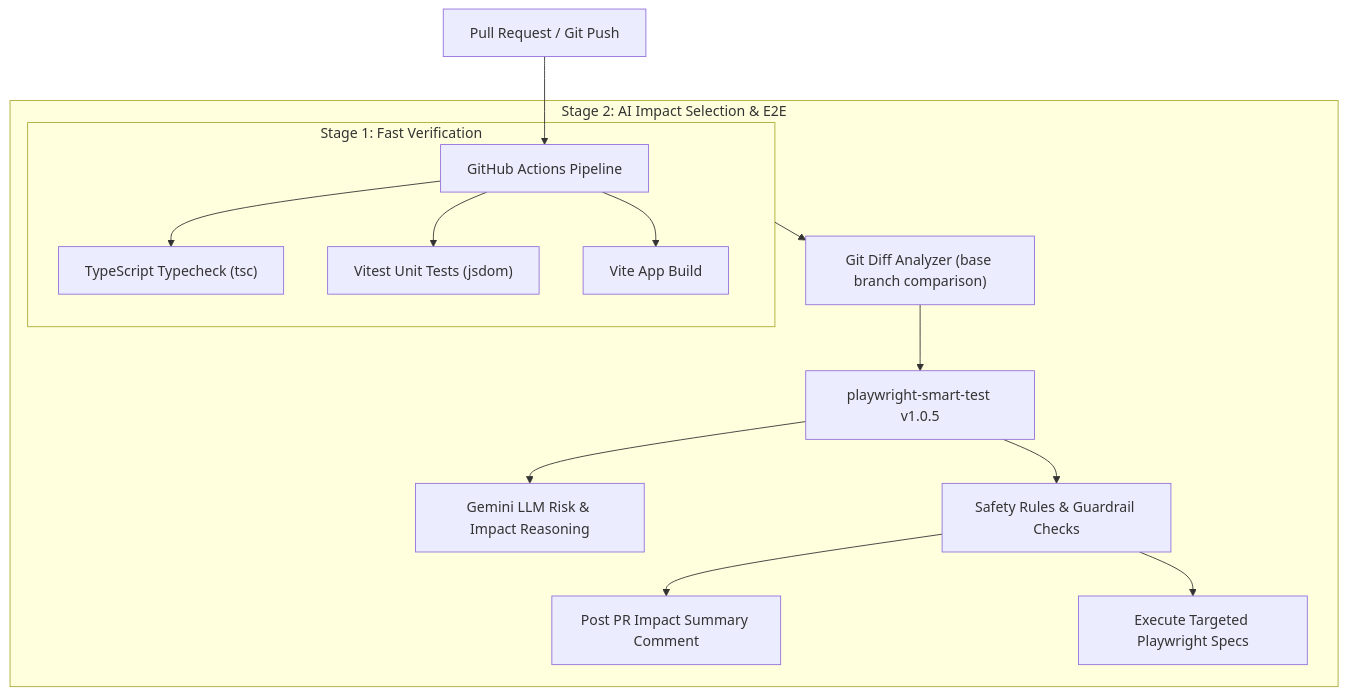
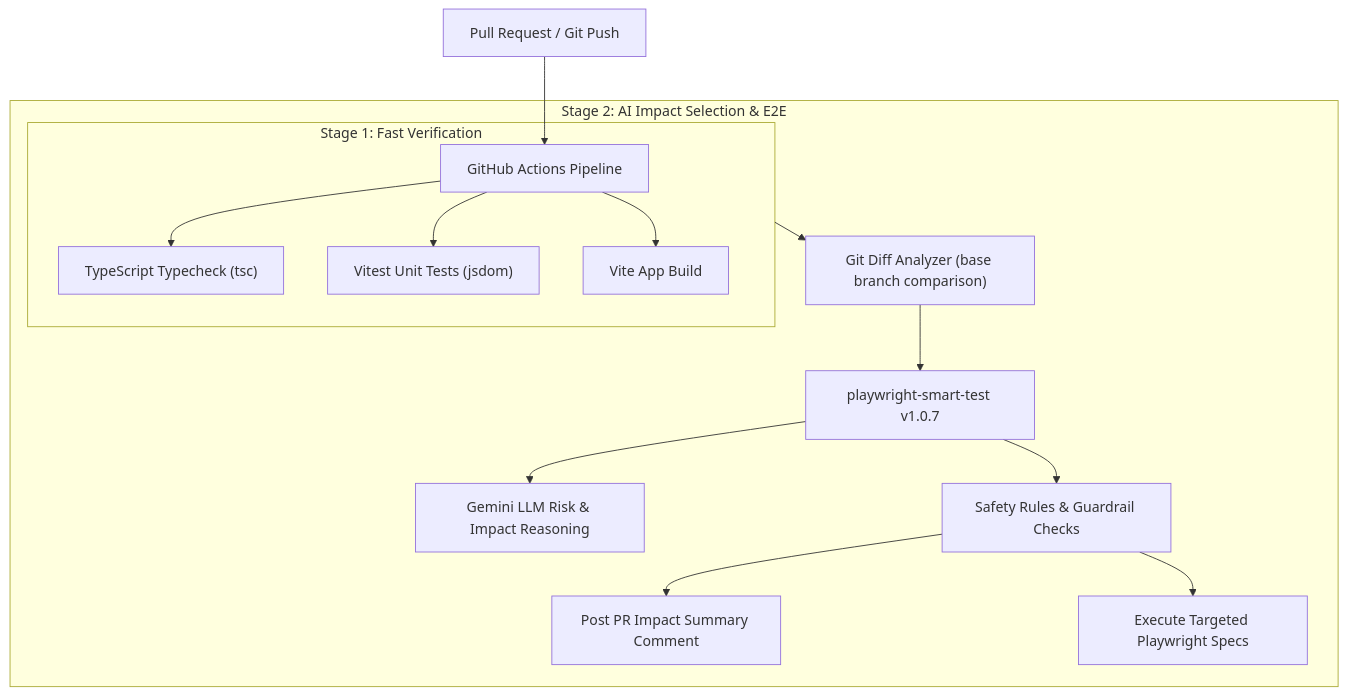
Before and after one commit to Ujjwal-S-S/ecommerce-playwright-demo: the diagram in README.md, drawn with Mermaid. The commit also changed other lines of this file and 2 other files, not shown here.

Commit message:
chore: upgrade playwright-smart-test to v1.0.7 and update documentation

````diff
--- a/README.md
+++ b/README.md
@@ -36,19 +36,19 @@
 ```mermaid
 flowchart TD
     PR["Pull Request / Git Push"] --> CI["GitHub Actions Pipeline"]
     
     subgraph Stage1 ["Stage 1: Fast Verification"]
         CI --> TC["TypeScript Typecheck (tsc)"]
         CI --> UT["Vitest Unit Tests (jsdom)"]
         CI --> Build["Vite App Build"]
     end
     
     subgraph Stage2 ["Stage 2: AI Impact Selection & E2E"]
         Stage1 --> Diff["Git Diff Analyzer (base branch comparison)"]
-        Diff --> SmartTest["playwright-smart-test v1.0.5"]
+        Diff --> SmartTest["playwright-smart-test v1.0.7"]
         SmartTest --> Gemini["Gemini LLM Risk & Impact Reasoning"]
         SmartTest --> Safety["Safety Rules & Guardrail Checks"]
         Safety --> PRComment["Post PR Impact Summary Comment"]
         Safety --> PWRun["Execute Targeted Playwright Specs"]
     end
 ```
````
